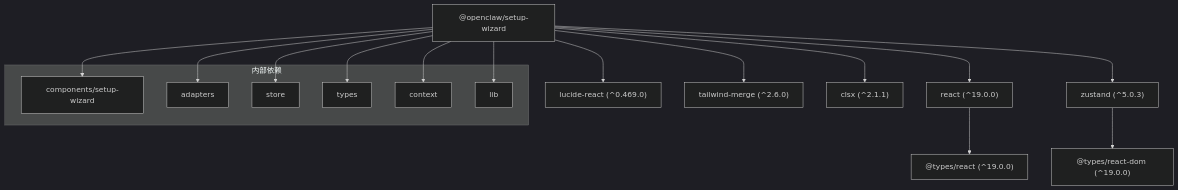
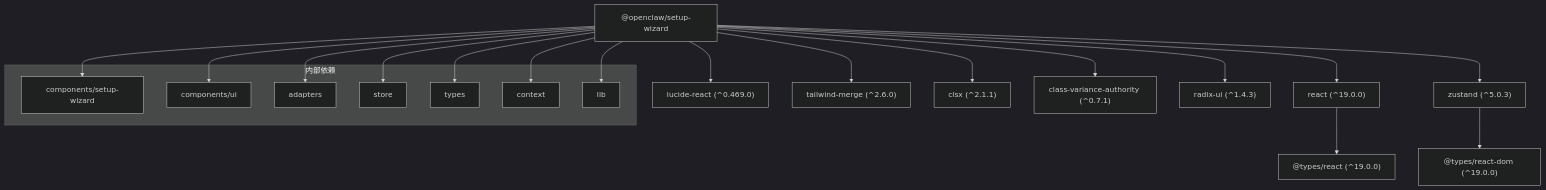
One commit to verse-ai-org/openclaw changed diagram 12 of 12 in .qoder/repowiki/zh/content/设置向导UI组件.md. Above: the diagram before and after it, drawn with Mermaid (dark theme). The commit also changed other lines of this file and 78 other files, not shown here.

````diff
--- a/.qoder/repowiki/zh/content/设置向导UI组件.md
+++ b/.qoder/repowiki/zh/content/设置向导UI组件.md
@@ -391,24 +526,28 @@
 ```mermaid
 graph TD
 A["@openclaw/setup-wizard"] --> B["react (^19.0.0)"]
 A --> C["lucide-react (^0.469.0)"]
 A --> D["zustand (^5.0.3)"]
 A --> E["tailwind-merge (^2.6.0)"]
 A --> F["clsx (^2.1.1)"]
-B --> G["@types/react (^19.0.0)"]
-D --> H["@types/react-dom (^19.0.0)"]
+A --> G["class-variance-authority (^0.7.1)"]
+A --> H["radix-ui (^1.4.3)"]
+B --> I["@types/react (^19.0.0)"]
+D --> J["@types/react-dom (^19.0.0)"]
 subgraph "内部依赖"
-I[components/setup-wizard]
-J[adapters]
-K[store]
-L[types]
-M[context]
-N[lib]
+K[components/setup-wizard]
+L[components/ui]
+M[adapters]
+N[store]
+O[types]
+P[context]
+Q[lib]
 end
-A --> I
-A --> J
 A --> K
 A --> L
 A --> M
 A --> N
+A --> O
+A --> P
+A --> Q
 ```
````
